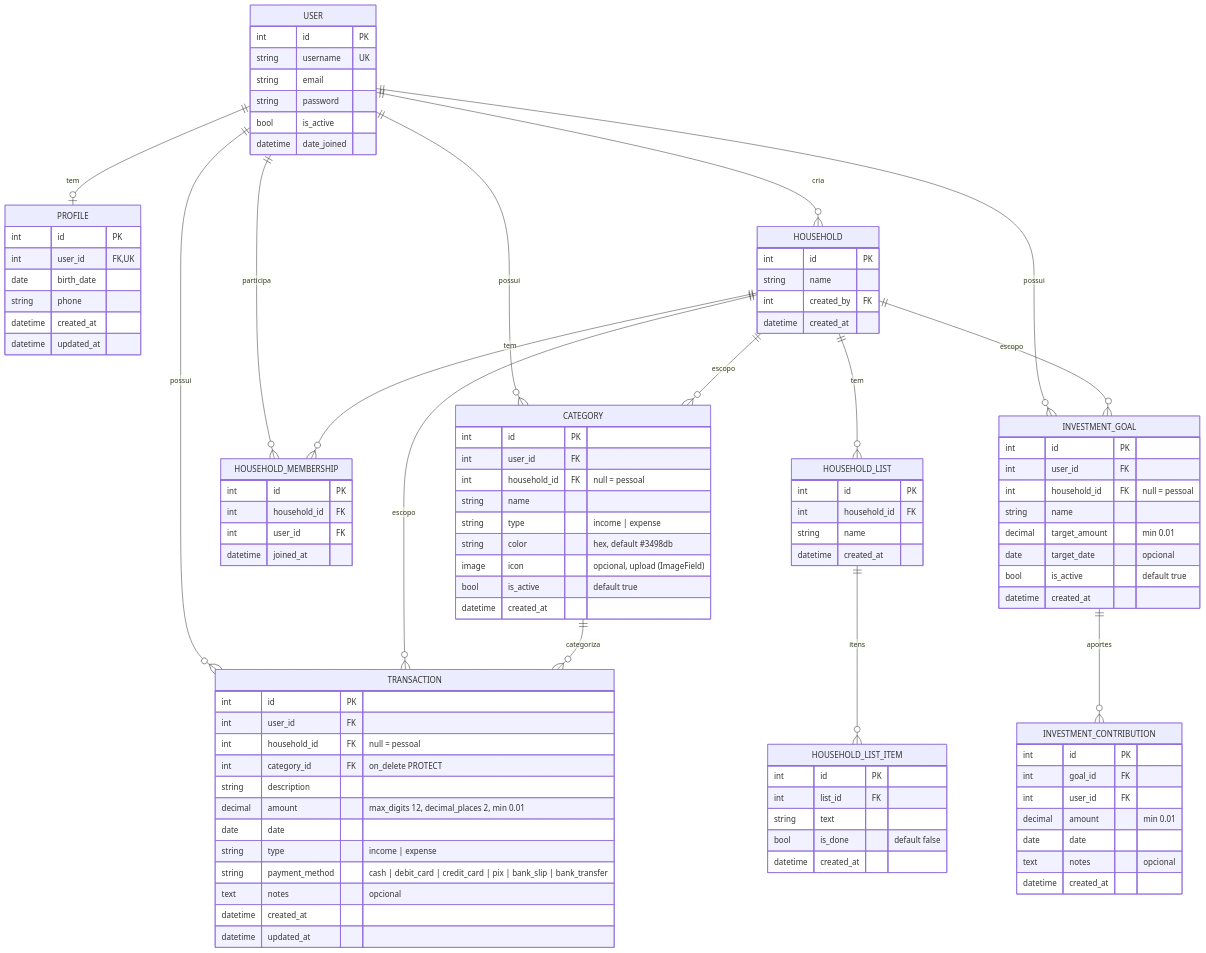
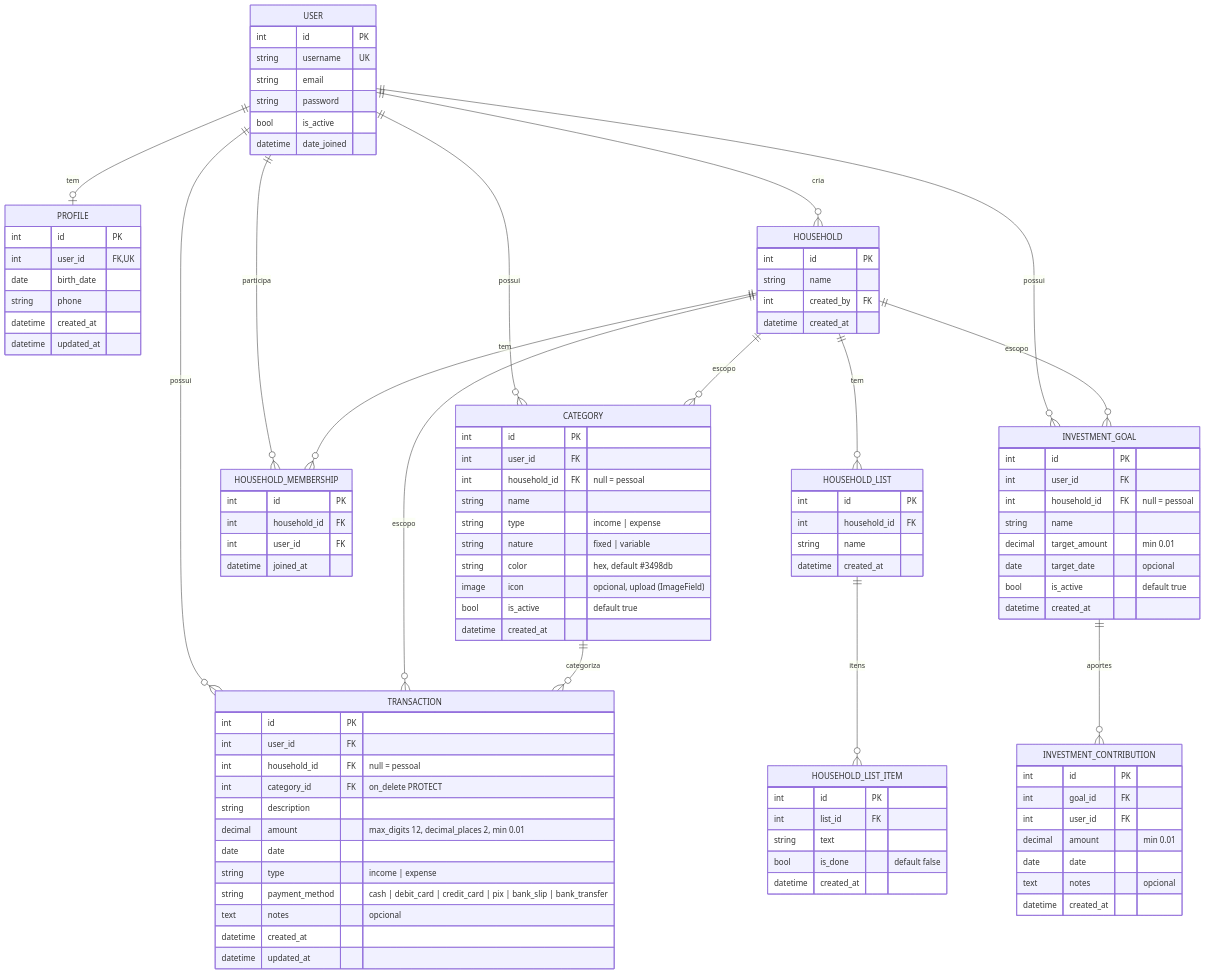
The third of 3 diagrams in PRD.md (Jhonnyss3/emy), drawn with Mermaid before and after one commit. The commit also changed other lines of this file and 28 other files, not shown here.

```diff
--- a/PRD.md
+++ b/PRD.md
@@ -466,6 +478,7 @@
         int household_id FK "null = pessoal"
         string name
         string type "income | expense"
+        string nature "fixed | variable"
         string color "hex, default #3498db"
         image icon "opcional, upload (ImageField)"
         bool is_active "default true"
```
